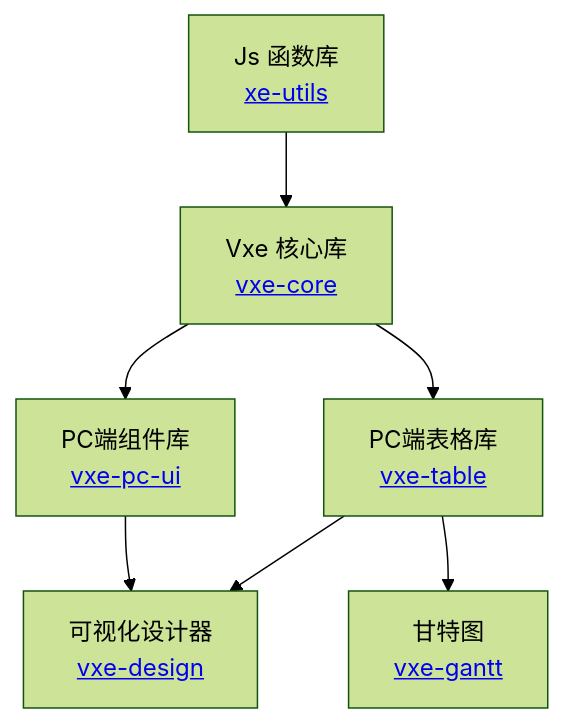
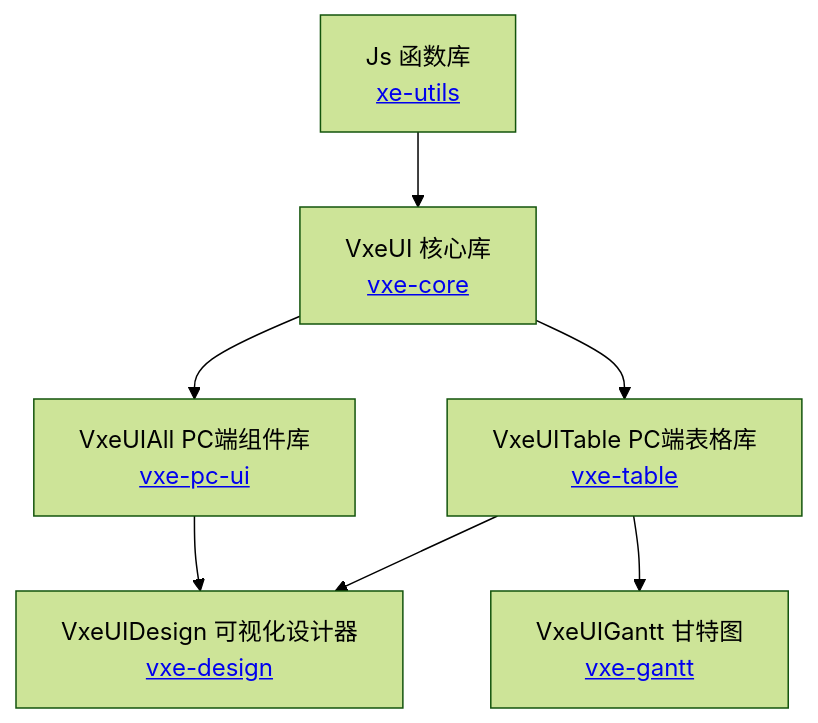
The first of 4 diagrams in framework.md (x-extends/vxe-ui-docs), drawn with Mermaid (forest theme) before and after one commit.

````diff
--- a/framework.md
+++ b/framework.md
@@ -3,9 +3,9 @@
 ```mermaid
 graph TD;
-    xe-utils[Js 函数库<br><a href="https://github.com/x-extends/xe-utils" target="_blank">xe-utils</a>]-->vxe-core[Vxe 核心库<br><a href="https://github.com/x-extends/vxe-core" target="_blank">vxe-core</a>];
-    vxe-core-->vxe-pc-ui;
-    vxe-core-->vxe-table;
-    vxe-table-->vxe-gantt[甘特图<br><a href="https://github.com/x-extends/vxe-gantt" target="_blank">vxe-gantt</a>];
-    vxe-pc-ui[PC端组件库<br><a href="https://github.com/x-extends/vxe-pc-ui" target="_blank">vxe-pc-ui</a>]-->vxe-design[可视化设计器<br><a href="https://github.com/x-extends/vxe-design" target="_blank">vxe-design</a>];
-    vxe-table[PC端表格库<br><a href="https://github.com/x-extends/vxe-table" target="_blank">vxe-table</a>]-->vxe-design;
+    xe-utils[Js 函数库<br><a href="https://github.com/x-extends/xe-utils" target="_blank">xe-utils</a>]-->vxe-core[VxeUI 核心库<br><a href="https://github.com/x-extends/vxe-core" target="_blank">vxe-core</a>];
+    vxe-core-->vxe-pc-ui[VxeUIAll PC端组件库<br><a href="https://github.com/x-extends/vxe-pc-ui" target="_blank">vxe-pc-ui</a>];
+    vxe-core-->vxe-table[VxeUITable PC端表格库<br><a href="https://github.com/x-extends/vxe-table" target="_blank">vxe-table</a>];
+    vxe-table-->vxe-gantt[VxeUIGantt 甘特图<br><a href="https://github.com/x-extends/vxe-gantt" target="_blank">vxe-gantt</a>];
+    vxe-pc-ui-->vxe-design[VxeUIDesign 可视化设计器<br><a href="https://github.com/x-extends/vxe-design" target="_blank">vxe-design</a>];
+    vxe-table-->vxe-design;
 ```
````
